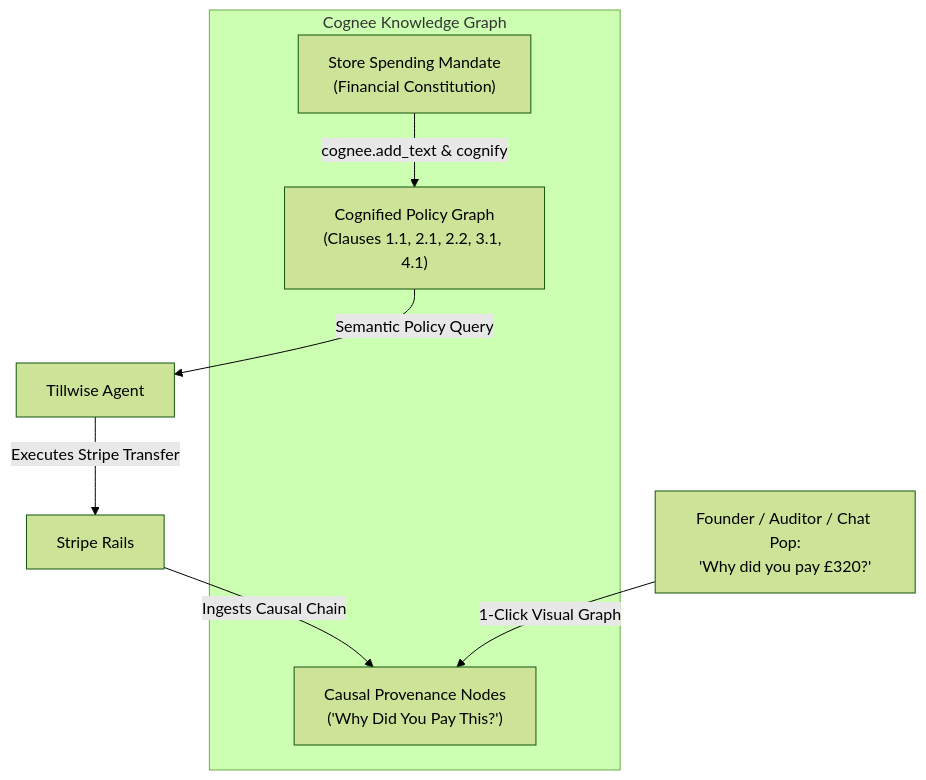
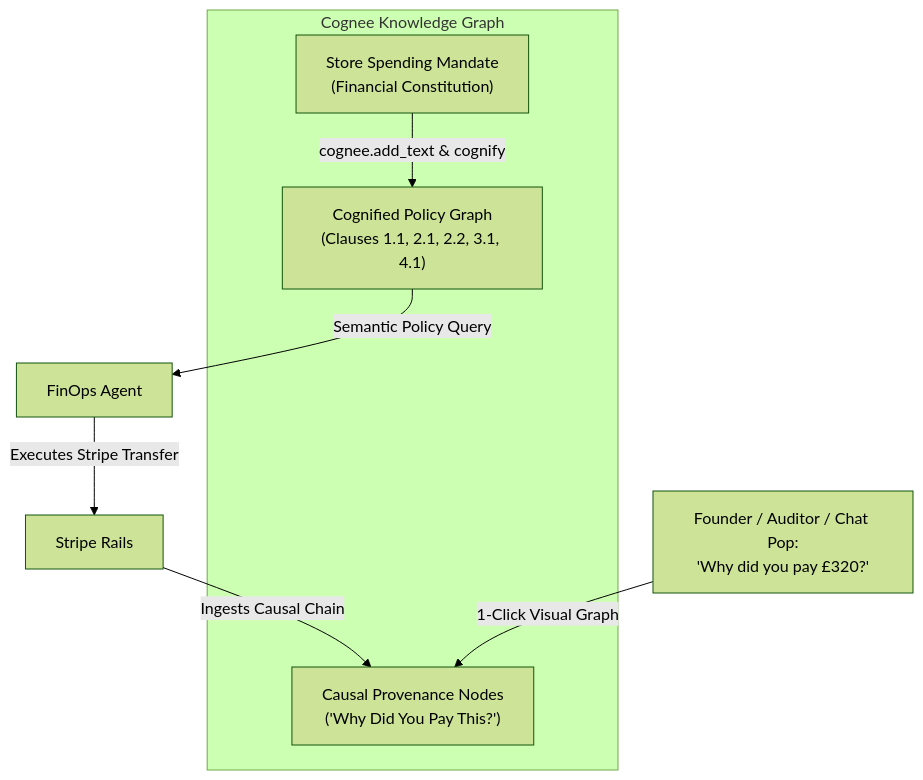
The third of 4 diagrams in README.md (Pavan393a/Finops), drawn with Mermaid (forest theme) before and after one commit. The commit also changed other lines of this file and 12 other files, not shown here.

Commit message:
chore: rebrand project and README from Tillwise to FinOps

````diff
--- a/README.md
+++ b/README.md
@@ -118,14 +118,14 @@
 ```mermaid
 flowchart TD
     subgraph Cognee Knowledge Graph
         M["Store Spending Mandate\n(Financial Constitution)"]
         G["Cognified Policy Graph\n(Clauses 1.1, 2.1, 2.2, 3.1, 4.1)"]
         A["Causal Provenance Nodes\n('Why Did You Pay This?')"]
     end
 
     M -->|"cognee.add_text & cognify"| G
-    G -->|"Semantic Policy Query"| Agent["Tillwise Agent"]
+    G -->|"Semantic Policy Query"| Agent["FinOps Agent"]
     Agent -->|"Executes Stripe Transfer"| Stripe["Stripe Rails"]
     Stripe -->|"Ingests Causal Chain"| A
     Auditor["Founder / Auditor / Chat Pop:\n'Why did you pay £320?'"] -->|"1-Click Visual Graph"| A
 ```
````
